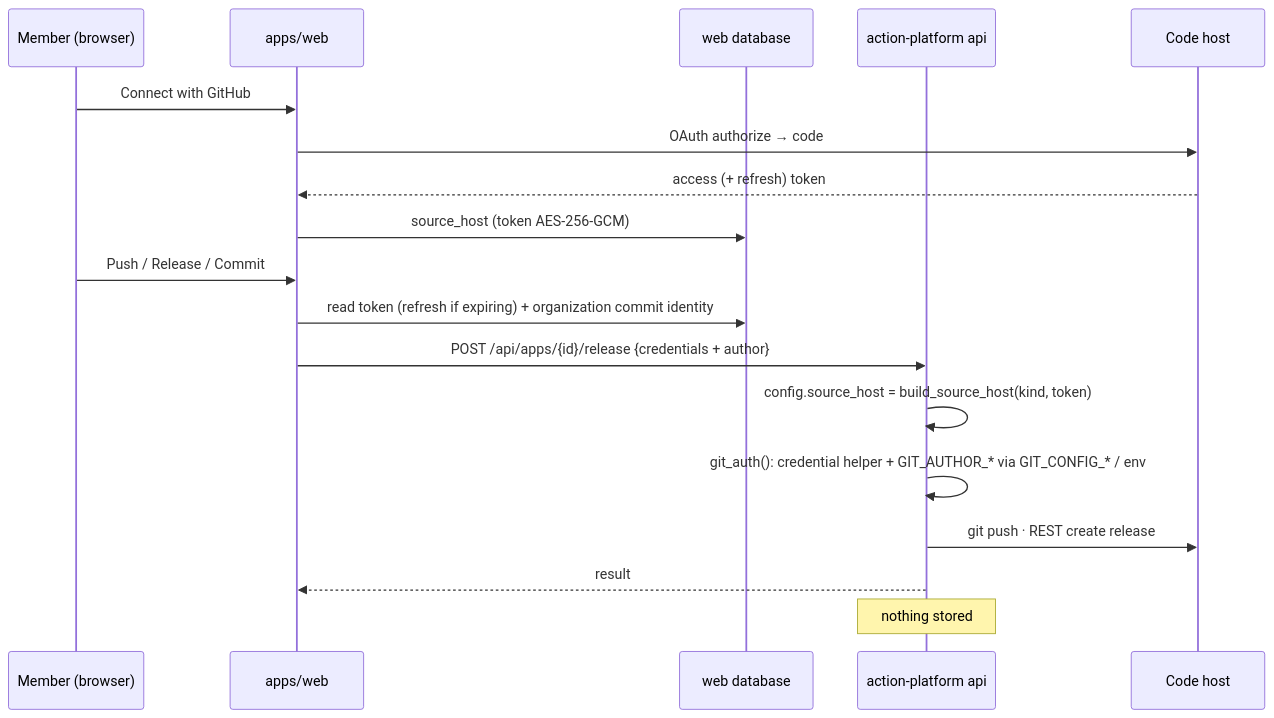
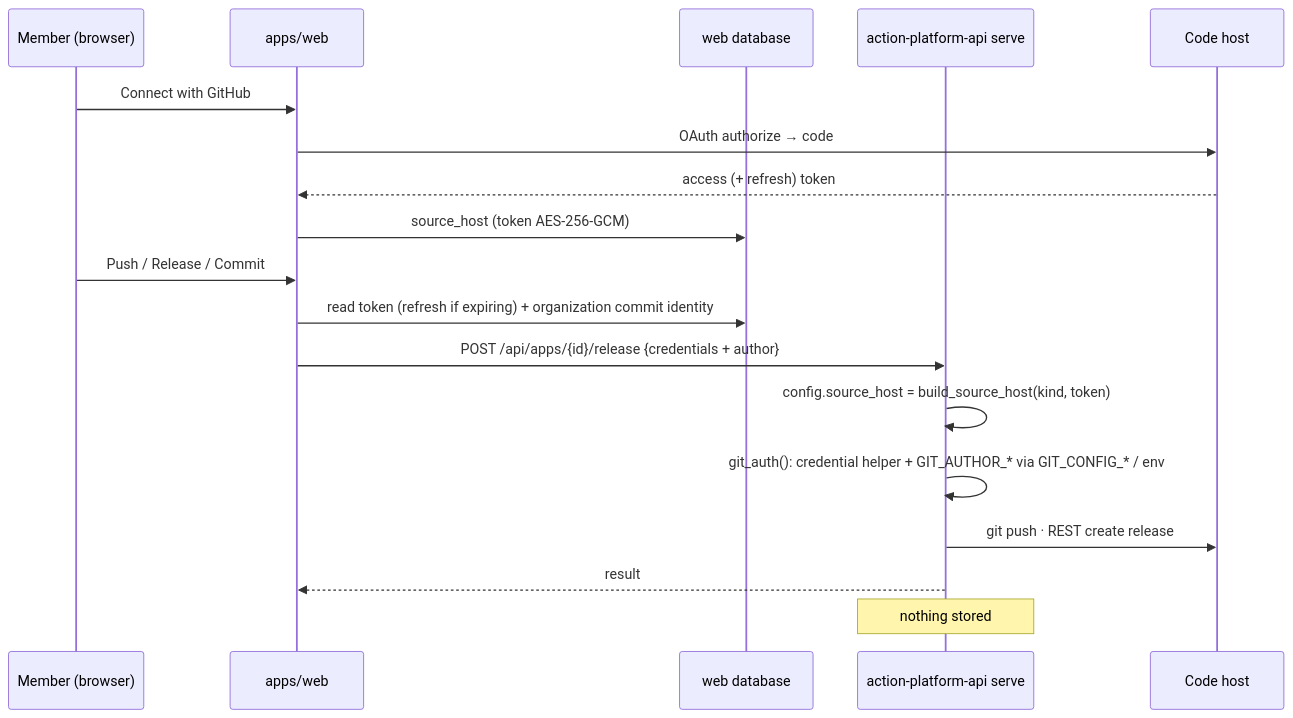
The second of 3 diagrams in docs/contribute_architecture.md (actionplatform/action-platform), drawn with Mermaid before and after one commit. The commit also changed other lines of this file and 272 other files, not shown here.

````diff
--- a/docs/contribute_architecture.md
+++ b/docs/contribute_architecture.md
@@ -86,22 +90,22 @@
 ```mermaid
 sequenceDiagram
     participant M as Member (browser)
     participant W as apps/web
     participant DB as web database
-    participant A as action-platform api
+    participant A as action-platform-api serve
     participant G as Code host
 
     M->>W: Connect with GitHub
     W->>G: OAuth authorize → code
     G-->>W: access (+ refresh) token
     W->>DB: source_host (token AES-256-GCM)
 
     M->>W: Push / Release / Commit
     W->>DB: read token (refresh if expiring) + organization commit identity
     W->>A: POST /api/apps/{id}/release {credentials + author}
     A->>A: config.source_host = build_source_host(kind, token)
     A->>A: git_auth(): credential helper + GIT_AUTHOR_* via GIT_CONFIG_* / env
     A->>G: git push · REST create release
     A-->>W: result
     Note over A: nothing stored
 ```
````
